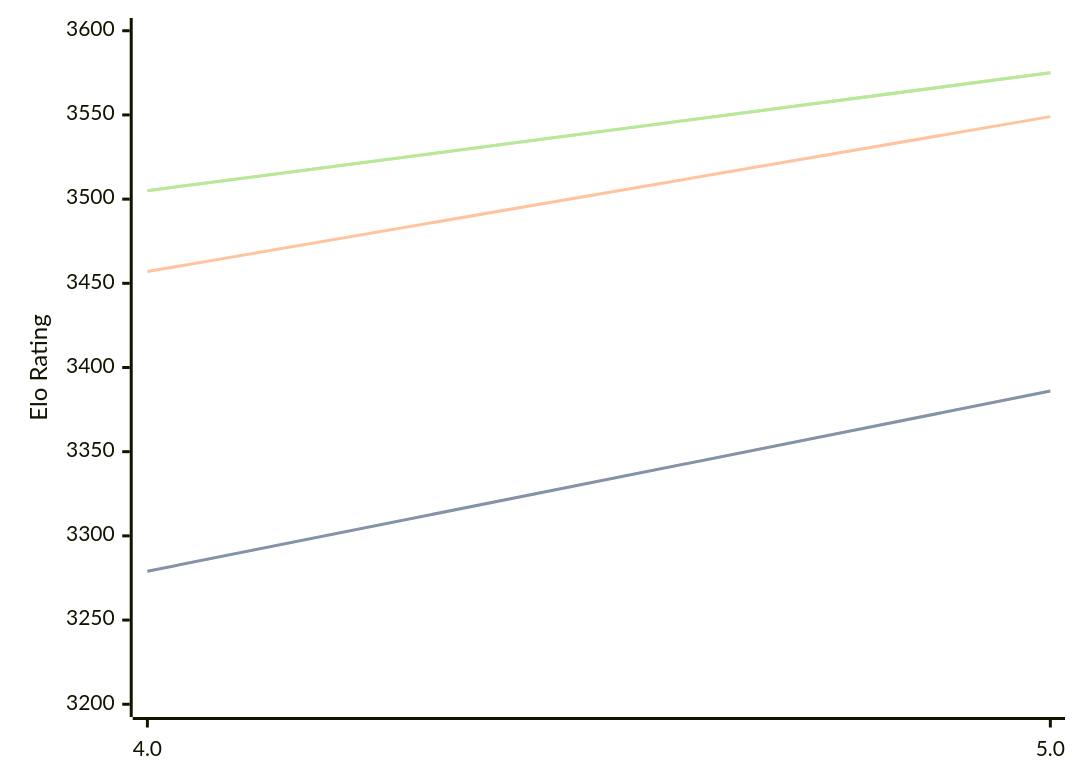
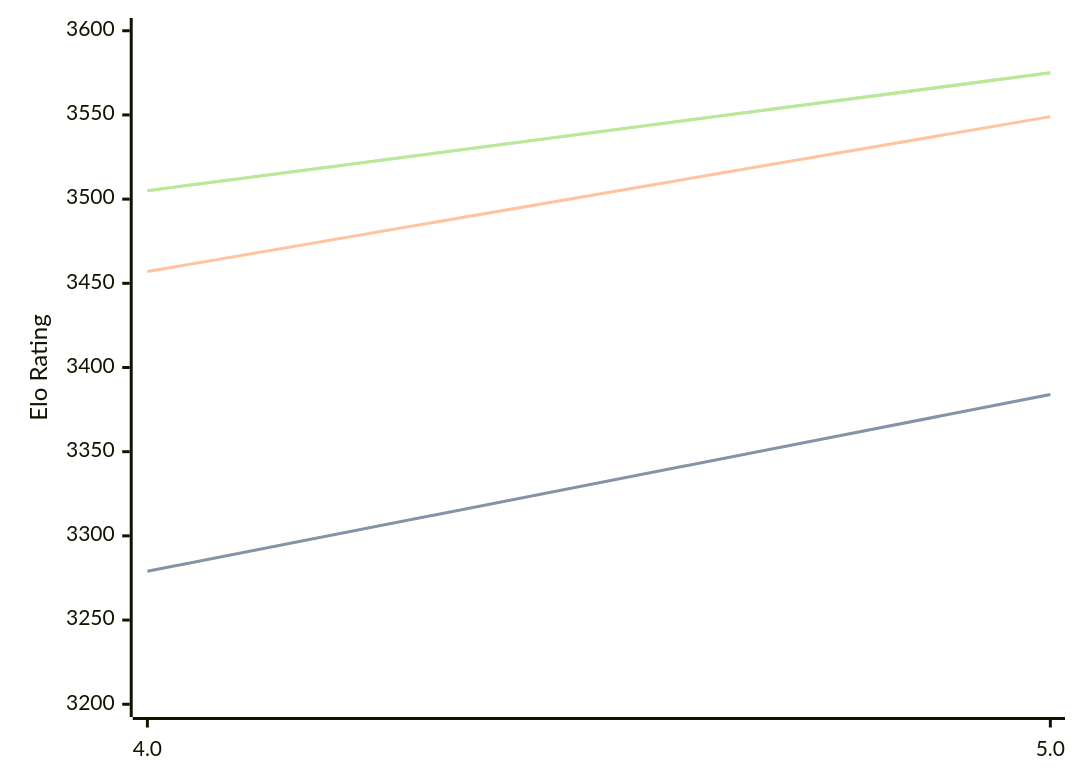
Before and after one commit to computer-chess-index/cci: the diagram in engines/Tarnished.md, drawn with Mermaid. The commit also changed other lines of this file, not shown here.

````diff
--- a/engines/Tarnished.md
+++ b/engines/Tarnished.md
@@ -34,11 +36,11 @@
 ```mermaid
 %%{init: {"theme":"base","themeVariables":{"seriesColors:['#a3a3a3','#222221','#faa371']}}}%%
 xychart-beta
   x-axis ["4.0", "5.0"]
   y-axis "Elo Rating" 3200 --> 3600
-  line "STC (8.0+0.08s)" [3279, 3386]
-  line "STC (8.0+0.08s)" [3279, 3386]
+  line "STC (8.0+0.08s)" [3279, 3384]
+  line "STC (8.0+0.08s)" [3279, 3384]
   line "LTC (60.0+0.60s)" [3457, 3549]
   line "VLTC (2m24s+1.12s)" [3505, 3575]
   line "VLTC (2m24s+1.12s)" [3505, 3575]
 ```
````
